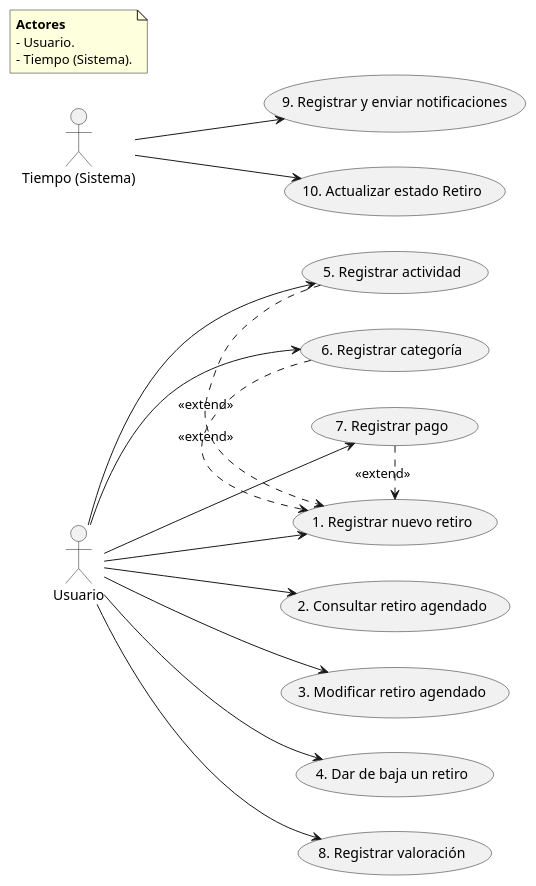
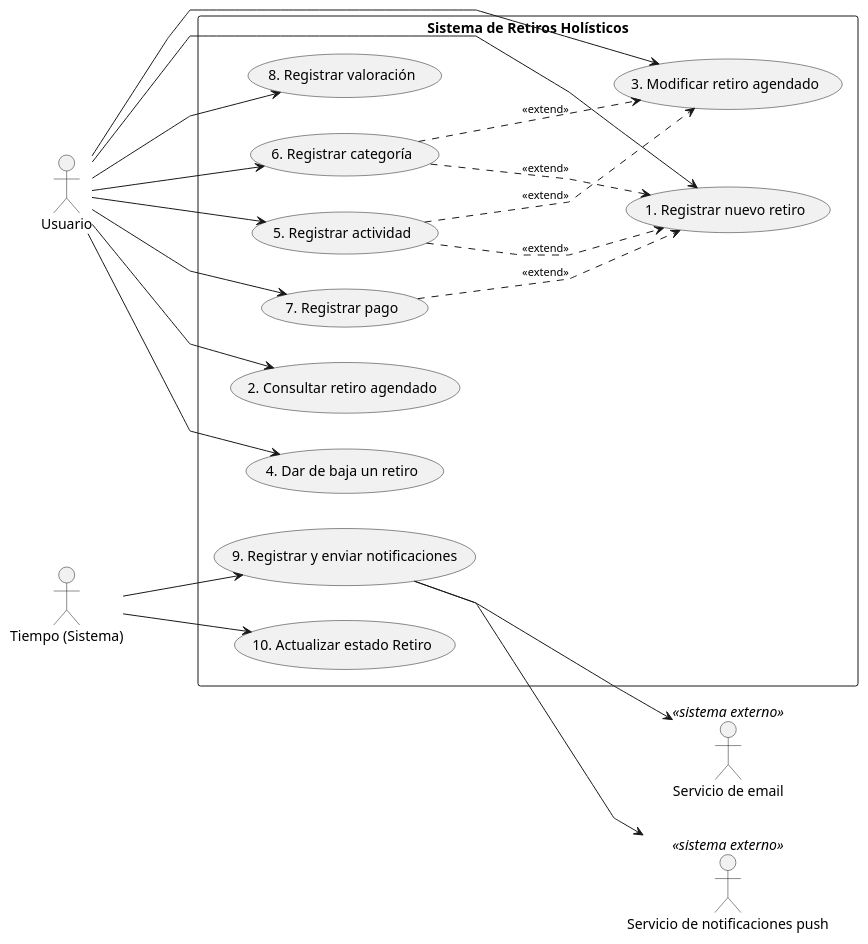
One commit to agustinborg-66/TPI-ASI---2026 changed the diagram in Entrega Final/diagramaCU.puml. Above: the diagram before and after it, drawn with PlantUML. The commit also changed 3 other files, not shown here.

Commit message:
Modificacion de maquina de estado y Diagrama de CU

```diff
--- a/Entrega Final/diagramaCU.puml
+++ b/Entrega Final/diagramaCU.puml
@@ -1,39 +1,50 @@
-@startuml diagramaCU
+@startuml
 left to right direction
+skinparam shadowing false
+skinparam packageStyle rectangle
+skinparam linetype polyline
+skinparam nodesep 35
+skinparam ranksep 90
+skinparam ArrowFontSize 11
 
-actor "Usuario" as U
+actor Usuario as U
 actor "Tiempo (Sistema)" as T
+actor "Servicio de notificaciones push" as PUSH <<sistema externo>>
+actor "Servicio de email" as MAIL <<sistema externo>>
 
-usecase "1. Registrar nuevo retiro" as UC1
-usecase "2. Consultar retiro agendado" as UC2
-usecase "3. Modificar retiro agendado" as UC3
-usecase "4. Dar de baja un retiro" as UC4
-usecase "5. Registrar actividad" as UC5
-usecase "6. Registrar categoría" as UC6
-usecase "7. Registrar pago" as UC7
-usecase "8. Registrar valoración" as UC8
-usecase "9. Registrar y enviar notificaciones" as UC9
-usecase "10. Actualizar estado Retiro" as UC10
+rectangle "Sistema de Retiros Holísticos" {
+  usecase "1. Registrar nuevo retiro"    as UC1
+  usecase "2. Consultar retiro agendado" as UC2
+  usecase "3. Modificar retiro agendado" as UC3
+  usecase "4. Dar de baja un retiro"     as UC4
+  usecase "8. Registrar valoración"      as UC8
+
+  usecase "5. Registrar actividad" as UC5
+  usecase "6. Registrar categoría" as UC6
+  usecase "7. Registrar pago"      as UC7
+
+  usecase "9. Registrar y enviar notificaciones" as UC9
+  usecase "10. Actualizar estado Retiro"         as UC10
+}
 
 U --> UC1
 U --> UC2
 U --> UC3
 U --> UC4
+U --> UC8
 U --> UC5
 U --> UC6
 U --> UC7
-U --> UC8
 
-UC5 .> UC1 : <<extend>>
-UC6 .> UC1 : <<extend>>
-UC7 .> UC1 : <<extend>>
+UC5 .down.> UC1 : <<extend>>
+UC5 .down.> UC3 : <<extend>>
+UC6 .down.> UC1 : <<extend>>
+UC6 .down.> UC3 : <<extend>>
+UC7 .down.> UC1 : <<extend>>
 
 T --> UC9
 T --> UC10
 
-note as N1
-**Actores**
-- Usuario.
-- Tiempo (Sistema).
-end note
+UC9 --> PUSH
+UC9 --> MAIL
 @enduml
```
